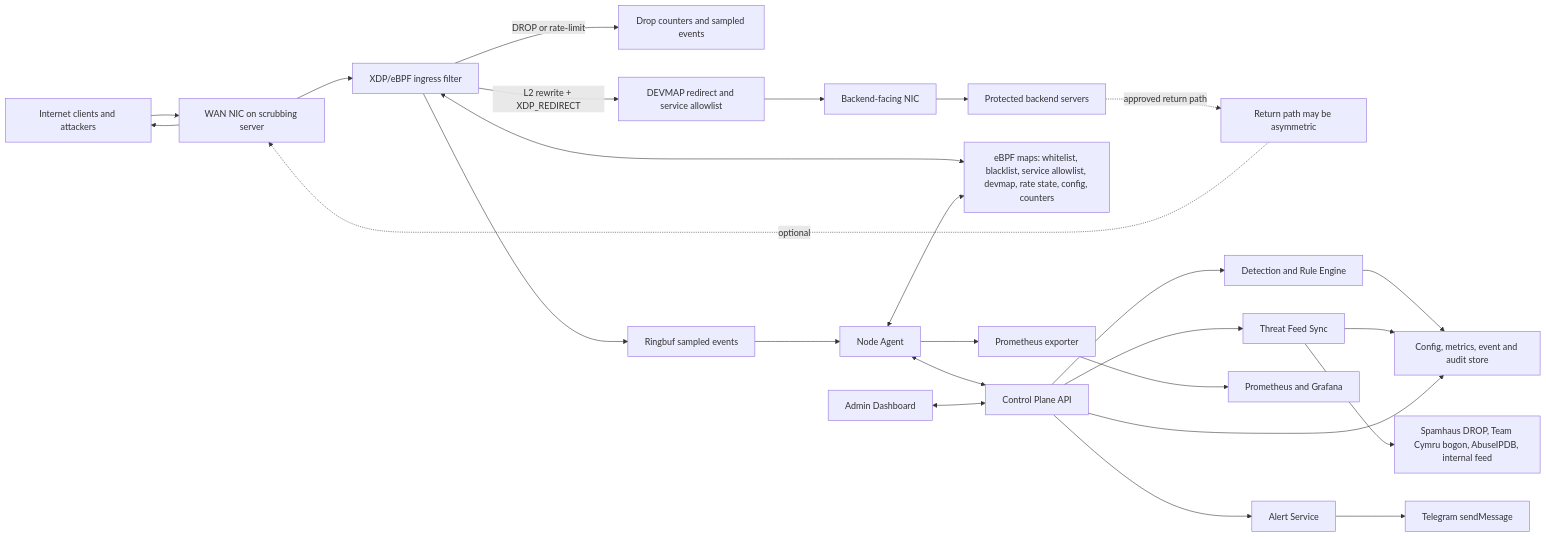
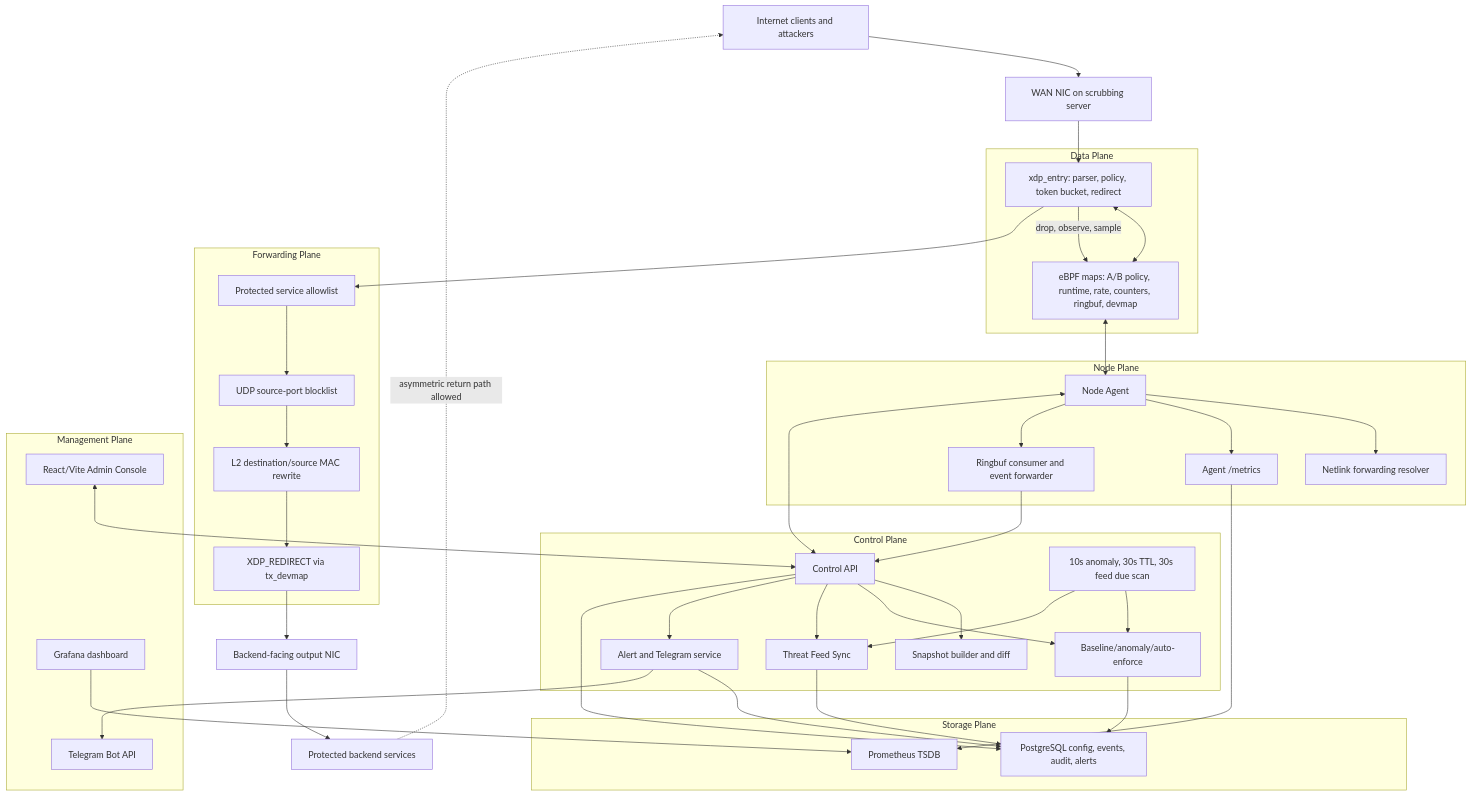
The first of 5 diagrams in docs/System-Architecture-Design.md (ken9xkyo/anti-ddos), drawn with Mermaid before and after one commit. The commit also changed other lines of this file, not shown here.

````diff
--- a/docs/System-Architecture-Design.md
+++ b/docs/System-Architecture-Design.md
@@ -40,34 +77,73 @@
 ```mermaid
-flowchart LR
-    Internet["Internet clients and attackers"] --> WanNic["WAN NIC on scrubbing server"]
-    WanNic --> Xdp["XDP/eBPF ingress filter"]
+flowchart TB
+    Internet["Internet clients and attackers"] --> Wan["WAN NIC on scrubbing server"]
 
-    Xdp -->|DROP or rate-limit| DropPath["Drop counters and sampled events"]
-    Xdp -->|L2 rewrite + XDP_REDIRECT| Fwd["DEVMAP redirect and service allowlist"]
-    Fwd --> LanNic["Backend-facing NIC"]
-    LanNic --> Backend["Protected backend servers"]
+    subgraph DataPlane["Data Plane"]
+        XDP["xdp_entry: parser, policy, token bucket, redirect"]
+        Maps["eBPF maps: A/B policy, runtime, rate, counters, ringbuf, devmap"]
+        XDP <--> Maps
+    end
 
-    Backend -. approved return path .-> Return["Return path may be asymmetric"]
-    Return -. optional .-> WanNic
-    WanNic --> Internet
+    subgraph ForwardingPlane["Forwarding Plane"]
+        ServiceGuard["Protected service allowlist"]
+        UDPBlock["UDP source-port blocklist"]
+        L2Rewrite["L2 destination/source MAC rewrite"]
+        Devmap["XDP_REDIRECT via tx_devmap"]
+        ServiceGuard --> UDPBlock --> L2Rewrite --> Devmap
+    end
 
-    Xdp <--> Maps["eBPF maps: whitelist, blacklist, service allowlist, devmap, rate state, config, counters"]
-    Xdp --> Ringbuf["Ringbuf sampled events"]
+    subgraph NodePlane["Node Plane"]
+        Agent["Node Agent"]
+        Resolver["Netlink forwarding resolver"]
+        AgentMetrics["Agent /metrics"]
+        RingConsumer["Ringbuf consumer and event forwarder"]
+        Agent --> Resolver
+        Agent --> AgentMetrics
+        Agent --> RingConsumer
+    end
 
-    Agent["Node Agent"] <--> Maps
-    Ringbuf --> Agent
-    Agent --> Exporter["Prometheus exporter"]
-    Agent <--> ControlApi["Control Plane API"]
+    subgraph ControlPlane["Control Plane"]
+        API["Control API"]
+        Snapshot["Snapshot builder and diff"]
+        Detection["Baseline/anomaly/auto-enforce"]
+        FeedSync["Threat Feed Sync"]
+        AlertSvc["Alert and Telegram service"]
+        Schedulers["10s anomaly, 30s TTL, 30s feed due scan"]
+        API --> Snapshot
+        API --> Detection
+        API --> FeedSync
+        API --> AlertSvc
+        Schedulers --> Detection
+        Schedulers --> FeedSync
+    end
 
-    ControlApi --> RuleEngine["Detection and Rule Engine"]
-    ControlApi --> FeedSync["Threat Feed Sync"]
-    FeedSync --> Feeds["Spamhaus DROP, Team Cymru bogon, AbuseIPDB, internal feed"]
-    RuleEngine --> Store["Config, metrics, event and audit store"]
-    FeedSync --> Store
-    ControlApi --> Store
+    subgraph StoragePlane["Storage Plane"]
+        PG["PostgreSQL config, events, audit, alerts"]
+        Prom["Prometheus TSDB"]
+    end
 
-    Dashboard["Admin Dashboard"] <--> ControlApi
-    Exporter --> Prometheus["Prometheus and Grafana"]
-    ControlApi --> AlertService["Alert Service"]
-    AlertService --> Telegram["Telegram sendMessage"]
+    subgraph ManagementPlane["Management Plane"]
+        Dashboard["React/Vite Admin Console"]
+        Grafana["Grafana dashboard"]
+        Telegram["Telegram Bot API"]
+    end
+
+    Wan --> XDP
+    XDP -->|drop, observe, sample| Maps
+    XDP --> ServiceGuard
+    Devmap --> Out["Backend-facing output NIC"]
+    Out --> Backend["Protected backend services"]
+    Backend -. asymmetric return path allowed .-> Internet
+
+    Maps <--> Agent
+    RingConsumer --> API
+    Agent <--> API
+    AgentMetrics --> Prom
+    API --> PG
+    Detection --> PG
+    FeedSync --> PG
+    AlertSvc --> PG
+    AlertSvc --> Telegram
+    Dashboard <--> API
+    Grafana --> Prom
 ```
````
